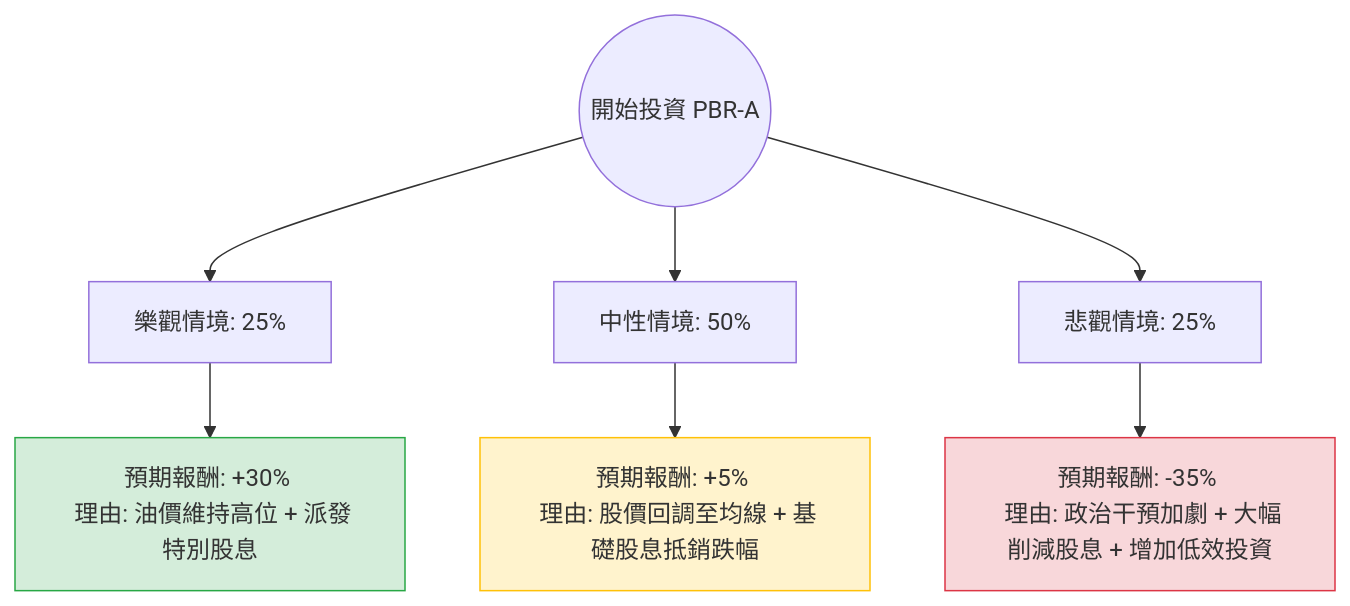
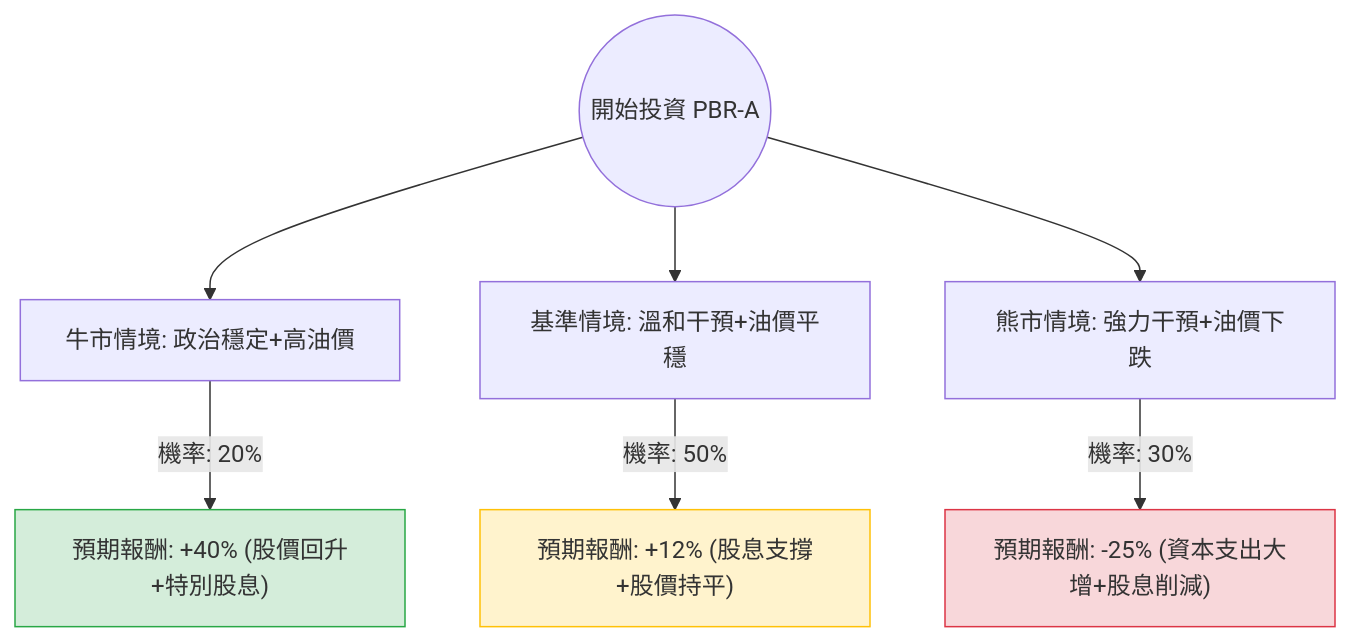
One commit to zmcx16/zmcx16.github.io changed the diagram in plugin-react/ai-analysis/ev-analysis/PBR-A.md. Above: the diagram before and after it, drawn with Mermaid. The commit also changed other lines of this file and 82 other files, not shown here.

````diff
--- a/plugin-react/ai-analysis/ev-analysis/PBR-A.md
+++ b/plugin-react/ai-analysis/ev-analysis/PBR-A.md
@@ -19,14 +20,14 @@
 ```mermaid
 graph TD
-    Start((開始投資 PBR-A)) --> Bull[樂觀情境: 25%]
-    Start --> Base[中性情境: 50%]
-    Start --> Bear[悲觀情境: 25%]
+    Start((開始投資 PBR-A)) --> Bull[牛市情境: 政治穩定+高油價]
+    Start --> Base[基準情境: 溫和干預+油價平穩]
+    Start --> Bear[熊市情境: 強力干預+油價下跌]
 
-    Bull --> Bull_Ret[預期報酬: +30% <br/> 理由: 油價維持高位 + 派發特別股息]
-    Base --> Base_Ret[預期報酬: +5% <br/> 理由: 股價回調至均線 + 基礎股息抵銷跌幅]
-    Bear --> Bear_Ret[預期報酬: -35% <br/> 理由: 政治干預加劇 + 大幅削減股息 + 增加低效投資]
+    Bull -- "機率: 20%" --> BullVal["預期報酬: +40% (股價回升+特別股息)"]
+    Base -- "機率: 50%" --> BaseVal["預期報酬: +12% (股息支撐+股價持平)"]
+    Bear -- "機率: 30%" --> BearVal["預期報酬: -25% (資本支出大增+股息削減)"]
 
-    style Bull_Ret fill:#d4edda,stroke:#28a745
-    style Base_Ret fill:#fff3cd,stroke:#ffc107
-    style Bear_Ret fill:#f8d7da,stroke:#dc3545
+    style BullVal fill:#d4edda,stroke:#28a745
+    style BaseVal fill:#fff3cd,stroke:#ffc107
+    style BearVal fill:#f8d7da,stroke:#dc3545
 ```
````
